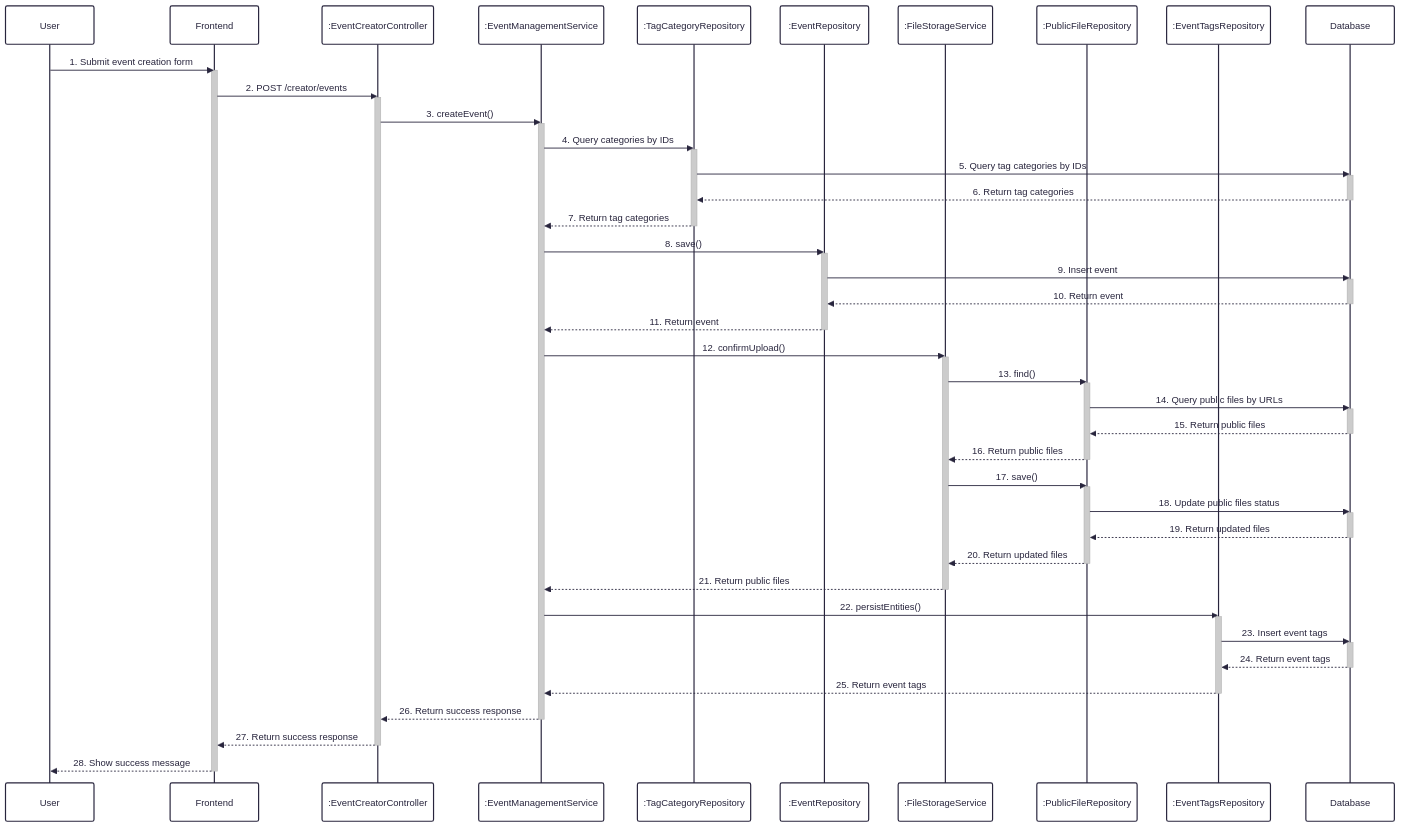
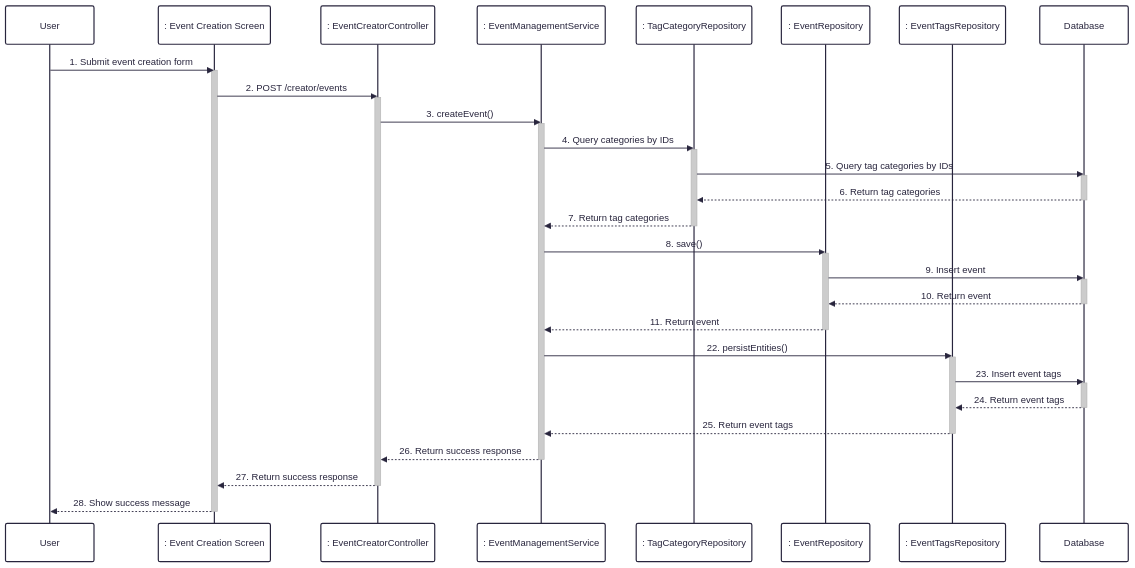
Before and after one commit to UrbanLens-2025/urban-lens_server: the diagram in docs/sequence/5-create-event.md, drawn with Mermaid. The commit also changed 11 other files, not shown here.

Commit message:
Sequence diagrams

````diff
--- a/docs/sequence/5-create-event.md
+++ b/docs/sequence/5-create-event.md
@@ -1,75 +1,53 @@
 ```mermaid
 ---
 config:
   theme: redux
   look: classic
 ---
 sequenceDiagram
     participant User
-    participant Frontend
-    participant EventCreatorController as :EventCreatorController
-    participant EventManagementService as :EventManagementService
-    participant TagCategoryRepository as :TagCategoryRepository
-    participant EventRepository as :EventRepository
-    participant FileStorageService as :FileStorageService
-    participant PublicFileRepository as :PublicFileRepository
-    participant EventTagsRepository as :EventTagsRepository
+    participant Frontend as : Event Creation Screen
+    participant EventCreatorController as : EventCreatorController
+    participant EventManagementService as : EventManagementService
+    participant TagCategoryRepository as : TagCategoryRepository
+    participant EventRepository as : EventRepository
+    participant EventTagsRepository as : EventTagsRepository
     participant Database
 
     User->>Frontend: 1. Submit event creation form
     activate Frontend
     Frontend->>EventCreatorController: 2. POST /creator/events
     activate EventCreatorController
     EventCreatorController->>EventManagementService: 3. createEvent()
     activate EventManagementService
     EventManagementService->>TagCategoryRepository: 4. Query categories by IDs
     activate TagCategoryRepository
     TagCategoryRepository->>Database: 5. Query tag categories by IDs
     activate Database
     Database-->>TagCategoryRepository: 6. Return tag categories
     deactivate Database
     TagCategoryRepository-->>EventManagementService: 7. Return tag categories
     deactivate TagCategoryRepository
     EventManagementService->>EventRepository: 8. save()
     activate EventRepository
     EventRepository->>Database: 9. Insert event
     activate Database
     Database-->>EventRepository: 10. Return event
     deactivate Database
     EventRepository-->>EventManagementService: 11. Return event
     deactivate EventRepository
-    EventManagementService->>FileStorageService: 12. confirmUpload()
-    activate FileStorageService
-    FileStorageService->>PublicFileRepository: 13. find()
-    activate PublicFileRepository
-    PublicFileRepository->>Database: 14. Query public files by URLs
-    activate Database
-    Database-->>PublicFileRepository: 15. Return public files
-    deactivate Database
-    PublicFileRepository-->>FileStorageService: 16. Return public files
-    deactivate PublicFileRepository
-    FileStorageService->>PublicFileRepository: 17. save()
-    activate PublicFileRepository
-    PublicFileRepository->>Database: 18. Update public files status
-    activate Database
-    Database-->>PublicFileRepository: 19. Return updated files
-    deactivate Database
-    PublicFileRepository-->>FileStorageService: 20. Return updated files
-    deactivate PublicFileRepository
-    FileStorageService-->>EventManagementService: 21. Return public files
-    deactivate FileStorageService
     EventManagementService->>EventTagsRepository: 22. persistEntities()
     activate EventTagsRepository
     EventTagsRepository->>Database: 23. Insert event tags
     activate Database
     Database-->>EventTagsRepository: 24. Return event tags
     deactivate Database
     EventTagsRepository-->>EventManagementService: 25. Return event tags
     deactivate EventTagsRepository
     EventManagementService-->>EventCreatorController: 26. Return success response
     deactivate EventManagementService
     EventCreatorController-->>Frontend: 27. Return success response
     deactivate EventCreatorController
     Frontend-->>User: 28. Show success message
     deactivate Frontend
 ```
````
